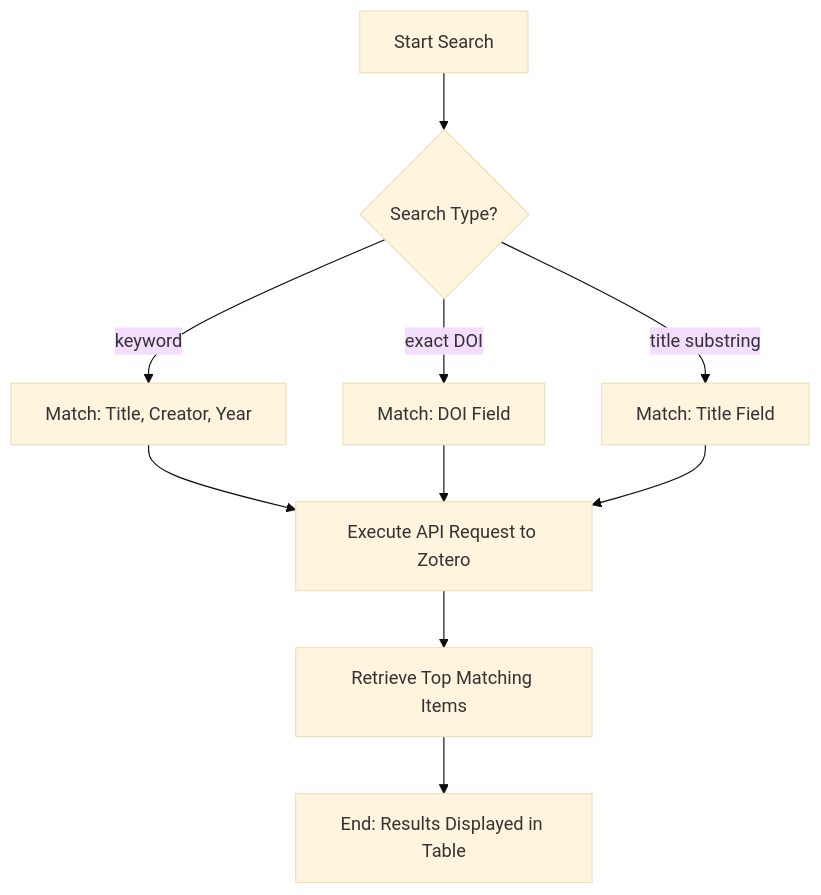
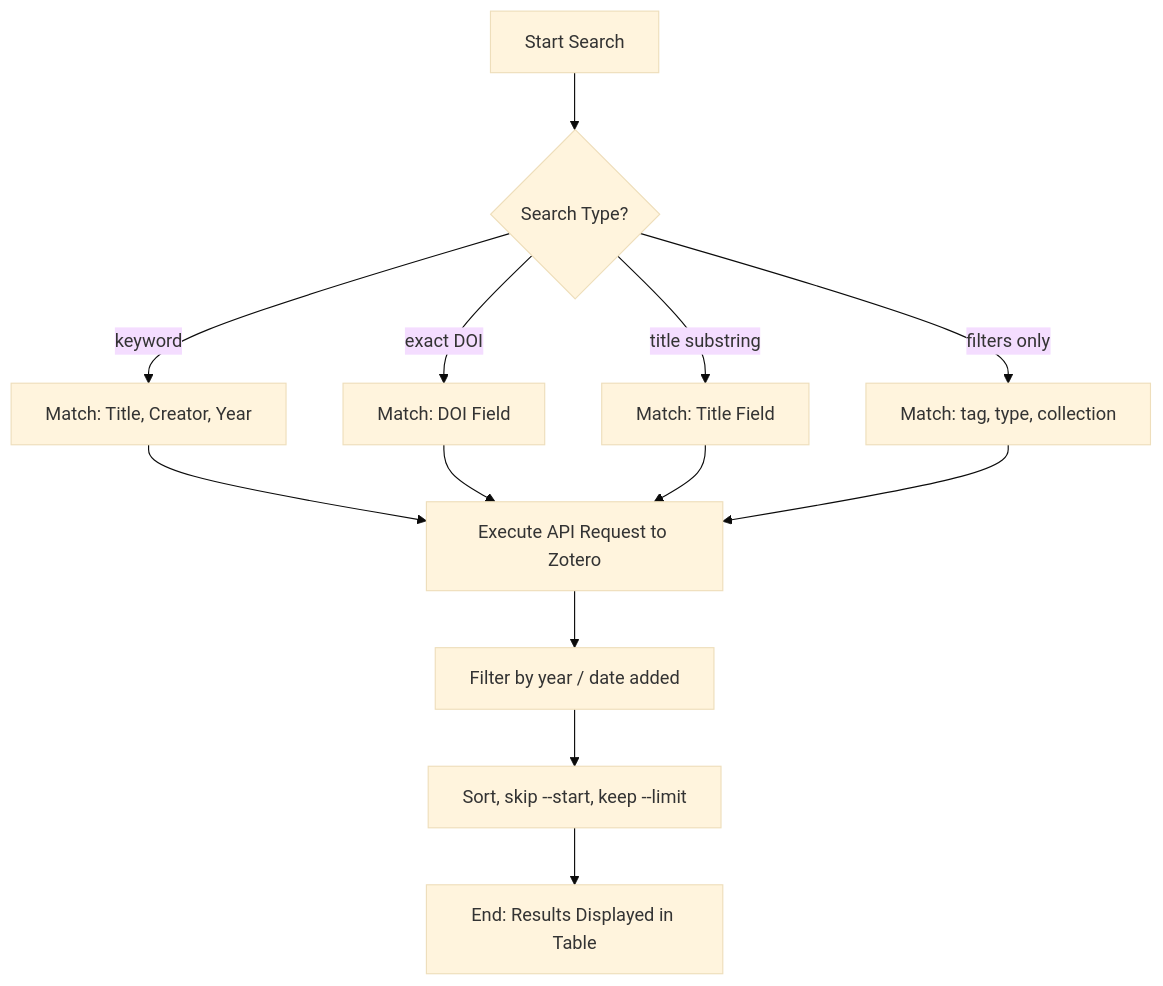
Before and after one commit to fchicout/zotero-cli: the diagram in docs/help_specs/search.md, drawn with Mermaid (base theme). The commit also changed other lines of this file and 14 other files, not shown here.

First line of the commit message:
feat(search): filter by tag, type, collection, year and date added; sort and page (Issue #562) (#563)

````diff
--- a/docs/help_specs/search.md
+++ b/docs/help_specs/search.md
@@ -8,12 +8,15 @@
 ```mermaid
 graph TD
     A["Start Search"] --> B{"Search Type?"}
     B -- "keyword" --> C["Match: Title, Creator, Year"]
     B -- "exact DOI" --> D["Match: DOI Field"]
     B -- "title substring" --> E["Match: Title Field"]
+    B -- "filters only" --> I["Match: tag, type, collection"]
     C --> F["Execute API Request to Zotero"]
     D --> F
     E --> F
-    F --> G["Retrieve Top Matching Items"]
+    I --> F
+    F --> J["Filter by year / date added"]
+    J --> G["Sort, skip --start, keep --limit"]
     G --> H["End: Results Displayed in Table"]
 ```
````
